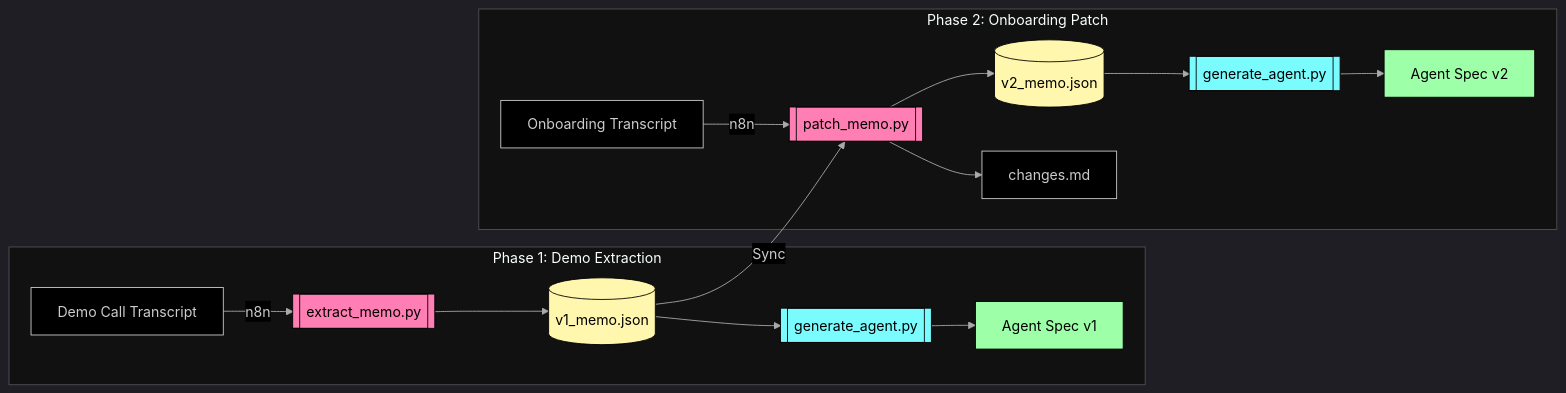
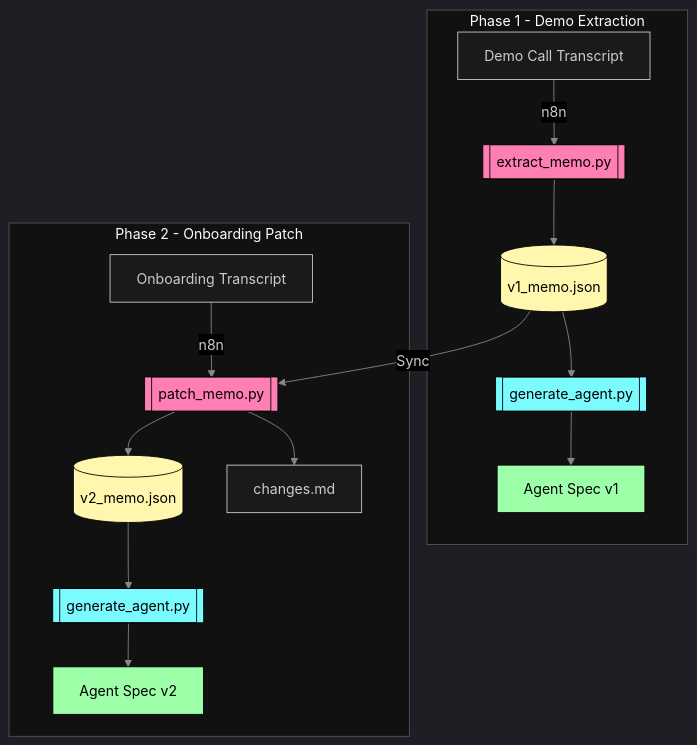
Before and after one commit to Jatin5760/clara-automation-pipeline: the diagram in README.md, drawn with Mermaid.

Commit message:
fix: revert to TD layout, fix subgraph title overlap, apply true black background

````diff
--- a/README.md
+++ b/README.md
@@ -30,29 +30,29 @@
 ```mermaid
-%%{init: {"theme": "dark", "themeVariables": {"background": "#000000", "mainBkg": "#000000", "clusterBkg": "#111111", "primaryTextColor": "#ffffff", "lineColor": "#aaaaaa", "edgeLabelBackground": "#000000"}}}%%
-graph LR
-    subgraph PA ["Phase 1: Demo Extraction"]
+%%{init: {"theme": "dark", "themeVariables": {"background": "#000000", "mainBkg": "#1a1a1a", "clusterBkg": "#111111", "clusterBorder": "#555555", "primaryTextColor": "#ffffff", "lineColor": "#888888", "edgeLabelBackground": "#000000"}}}%%
+graph TD
+    subgraph PA ["Phase 1 - Demo Extraction"]
         A1[Demo Call Transcript] -->|n8n| B1[[extract_memo.py]]
         B1 --> C1[(v1_memo.json)]
         C1 --> D1[[generate_agent.py]]
         D1 --> E1[Agent Spec v1]
     end
 
-    subgraph PB ["Phase 2: Onboarding Patch"]
+    subgraph PB ["Phase 2 - Onboarding Patch"]
         A2[Onboarding Transcript] -->|n8n| B2[[patch_memo.py]]
         B2 --> C2[(v2_memo.json)]
         B2 --> D2[changes.md]
         C2 --> E2[[generate_agent.py]]
         E2 --> F2[Agent Spec v2]
     end
 
     C1 -->|Sync| B2
 
     style B1 fill:#ff7eb3,stroke:#000,color:#000
     style B2 fill:#ff7eb3,stroke:#000,color:#000
     style D1 fill:#7afcff,stroke:#000,color:#000
     style E2 fill:#7afcff,stroke:#000,color:#000
     style E1 fill:#9effa9,stroke:#000,color:#000
     style F2 fill:#9effa9,stroke:#000,color:#000
     style C1 fill:#fff7ad,stroke:#000,color:#000
     style C2 fill:#fff7ad,stroke:#000,color:#000
 ```
````
